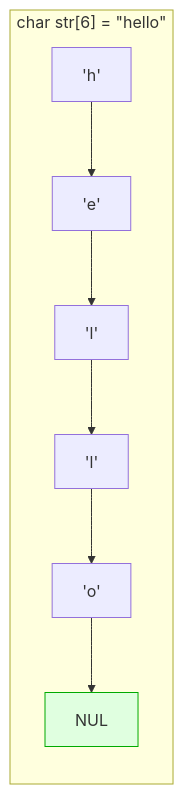
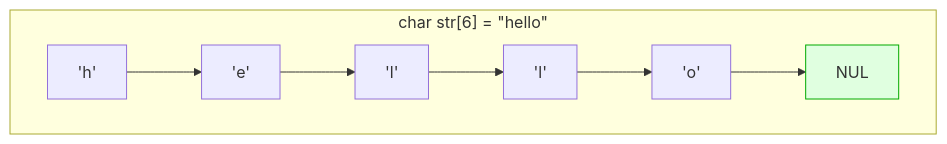
Before and after one commit to willjsw/code-lab: the diagram in C/docs/07-stdlib/02-string.md, drawn with Mermaid. The commit also changed other lines of this file and 23 other files, not shown here.

````diff
--- a/C/docs/07-stdlib/02-string.md
+++ b/C/docs/07-stdlib/02-string.md
@@ -13,9 +29,9 @@
 ```mermaid
-flowchart LR
+flowchart TD
     subgraph M["char str[6] = &quot;hello&quot;"]
         c0["'h'"] --> c1["'e'"] --> c2["'l'"] --> c3["'l'"] --> c4["'o'"] --> c5["NUL"]
     end
 
     classDef term fill:#e0ffe0,stroke:#0a0
     class c5 term
 ```
````
